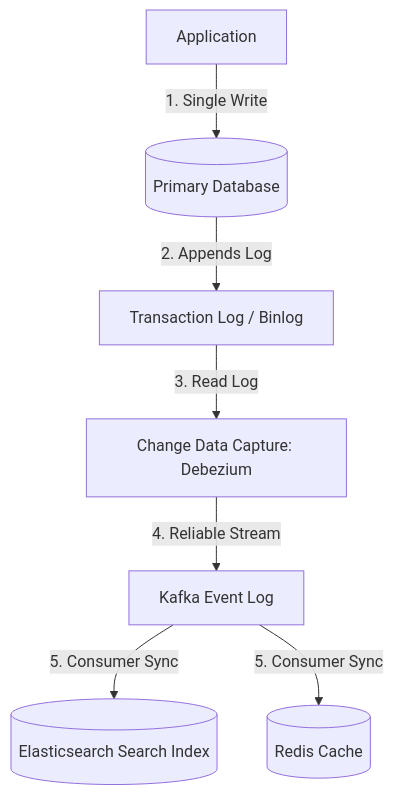
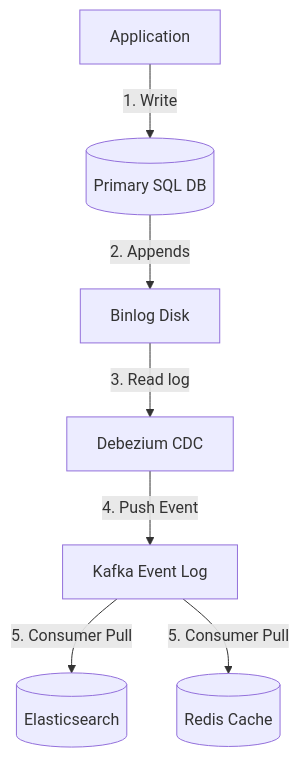
The first of 2 diagrams in chapters/ch12_future.md (fredLuv/ddia-gitbook), drawn with Mermaid before and after one commit. The commit also changed other lines of this file and 2 other files, not shown here.

````diff
--- a/chapters/ch12_future.md
+++ b/chapters/ch12_future.md
@@ -33,9 +39,9 @@
 ```mermaid
 graph TD
-    App[Application] -->|1. Single Write| DB[(Primary Database)]
-    DB -->|2. Appends Log| Log[Transaction Log / Binlog]
-    Log -->|3. Read Log| CDC[Change Data Capture: Debezium]
-    CDC -->|4. Reliable Stream| Kafka[Kafka Event Log]
-    Kafka -->|5. Consumer Sync| ES[(Elasticsearch Search Index)]
-    Kafka -->|5. Consumer Sync| Redis[(Redis Cache)]
+    App[Application] -->|1. Write| DB[(Primary SQL DB)]
+    DB -->|2. Appends| Binlog[Binlog Disk]
+    Binlog -->|3. Read log| Debezium[Debezium CDC]
+    Debezium -->|4. Push Event| Kafka[Kafka Event Log]
+    Kafka -->|5. Consumer Pull| ES[(Elasticsearch)]
+    Kafka -->|5. Consumer Pull| Redis[(Redis Cache)]
 ```
````
